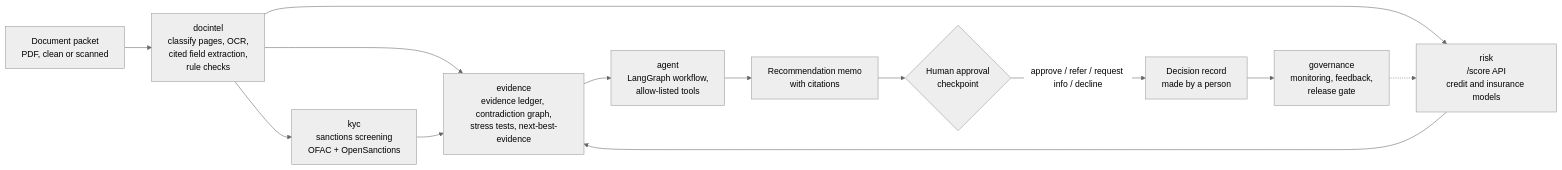
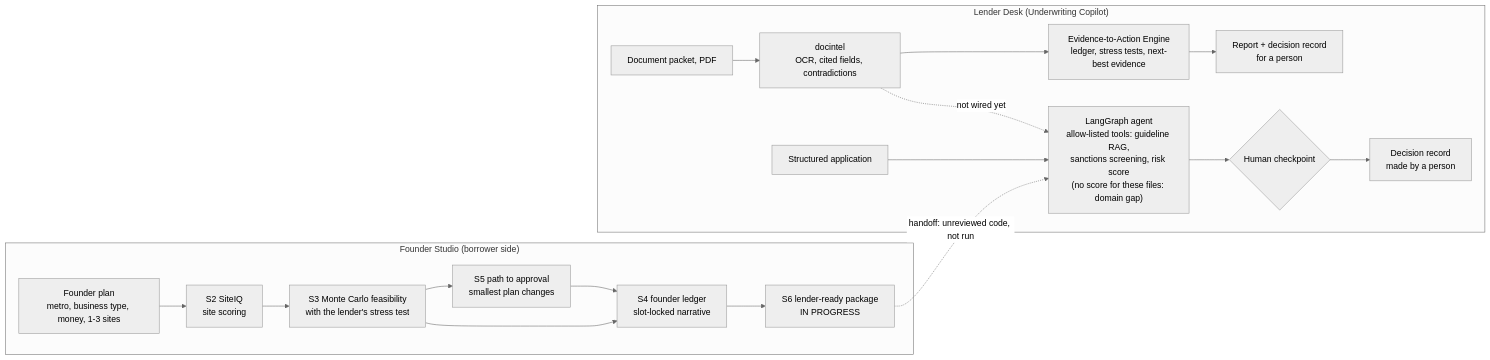
One commit to Bhavani-abhavi/Fundproof changed the diagram in README.md. Above: the diagram before and after it, drawn with Mermaid (neutral theme). The commit also changed other lines of this file and 1 other file, not shown here.

First line of the commit message:
README: present the project as Fundproof (Lender Desk + Founder Studio) with a status table

````diff
--- a/README.md
+++ b/README.md
@@ -40,15 +150,21 @@
 ```mermaid
 flowchart LR
-    P[Document packet<br/>PDF, clean or scanned] --> D[docintel<br/>classify pages, OCR,<br/>cited field extraction,<br/>rule checks]
-    D --> K[kyc<br/>sanctions screening<br/>OFAC + OpenSanctions]
-    D --> R[risk<br/>/score API<br/>credit and insurance models]
-    D --> E[evidence<br/>evidence ledger, contradiction graph,<br/>stress tests, next-best-evidence]
-    K --> E
-    R --> E
-    E --> A[agent<br/>LangGraph workflow,<br/>allow-listed tools]
-    A --> M[Recommendation memo<br/>with citations]
-    M --> H{Human approval<br/>checkpoint}
-    H -->|approve / refer / request info / decline| O[Decision record<br/>made by a person]
-    O --> G[governance<br/>monitoring, feedback,<br/>release gate]
-    G -.-> R
+    subgraph Studio["Founder Studio (borrower side)"]
+        F["Founder plan<br/>metro, business type, money, 1-3 sites"] --> S2["S2 SiteIQ<br/>site scoring"]
+        S2 --> S3["S3 Monte Carlo feasibility<br/>with the lender's stress test"]
+        S3 --> S5["S5 path to approval<br/>smallest plan changes"]
+        S3 --> S4["S4 founder ledger<br/>slot-locked narrative"]
+        S5 --> S4
+        S4 --> S6["S6 lender-ready package<br/>IN PROGRESS"]
+    end
+    subgraph Desk["Lender Desk (Underwriting Copilot)"]
+        P["Document packet, PDF"] --> D["docintel<br/>OCR, cited fields, contradictions"]
+        D --> E["Evidence-to-Action Engine<br/>ledger, stress tests, next-best evidence"]
+        E --> R1["Report + decision record<br/>for a person"]
+        APP["Structured application"] --> A["LangGraph agent<br/>allow-listed tools: guideline RAG,<br/>sanctions screening, risk score<br/>(no score for these files: domain gap)"]
+        A --> H{"Human checkpoint"}
+        H --> R2["Decision record<br/>made by a person"]
+    end
+    S6 -.->|"handoff: unreviewed code, not run"| A
+    D -.->|"not wired yet"| A
 ```
````
